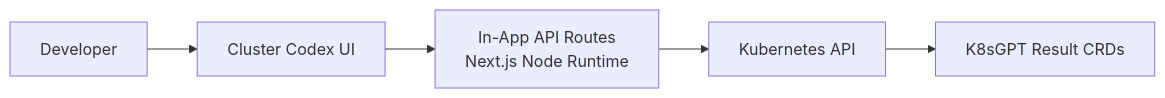
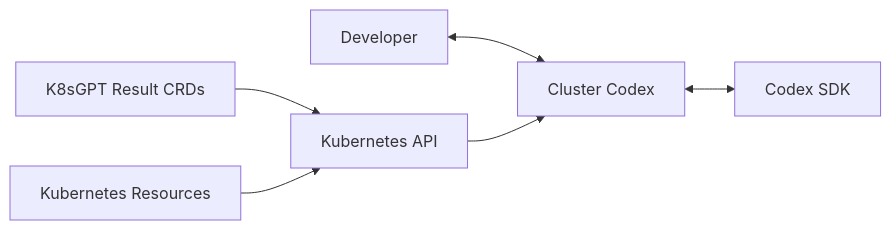
One commit to justinthelaw/clustercodex changed the diagram in README.md. Above: the diagram before and after it, drawn with Mermaid. The commit also changed other lines of this file and 51 other files, not shown here.

First line of the commit message:
feat!: reimplement codex sdk and local llm provider (#19)

````diff
--- a/README.md
+++ b/README.md
@@ -25,13 +20,15 @@
 ```mermaid
 graph LR
     User[Developer]
-    UI[Cluster Codex UI]
-    InApp[In-App API Routes\nNext.js Node Runtime]
+    UI[Cluster Codex]
+    Codex[Codex SDK]
     Cluster[Kubernetes API]
     K8sGPT[K8sGPT Result CRDs]
+    Resources[Kubernetes Resources]
 
-    User --> UI
-    UI --> InApp
-    InApp --> Cluster
-    Cluster --> K8sGPT
+    User <--> UI
+    UI <--> Codex
+    Cluster --> UI
+    K8sGPT --> Cluster
+    Resources --> Cluster
 ```
````
